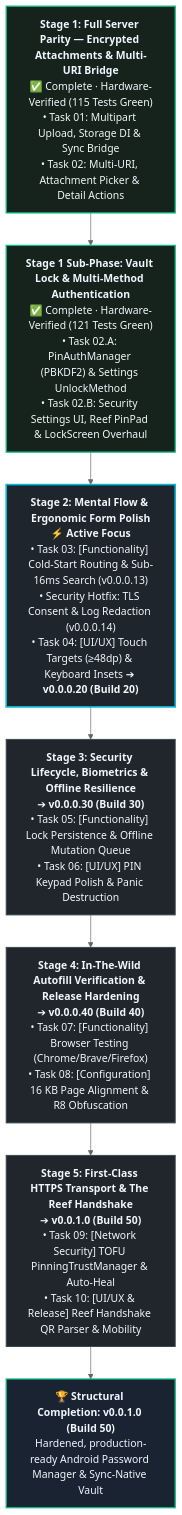
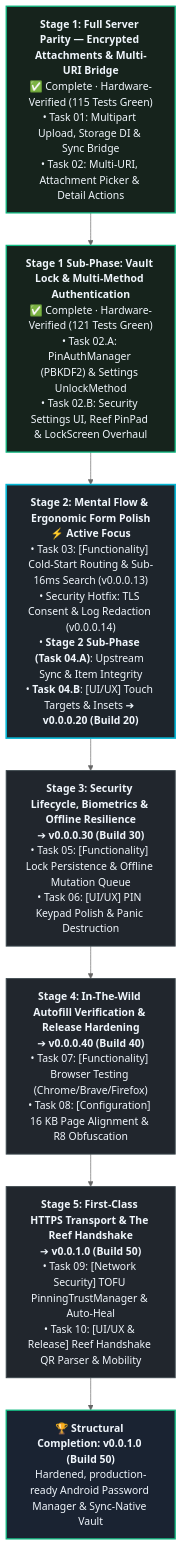
One commit to ClawStackStudios/ShellGuard-Mobile changed the diagram in ROADMAP.md. Above: the diagram before and after it, drawn with Mermaid (neutral theme). The commit also changed other lines of this file and 3 other files, not shown here.

First line of the commit message:
docs(roadmap): integrate stage 2 sub-phase task 04.a and sync with github milestones

````diff
--- a/ROADMAP.md
+++ b/ROADMAP.md
@@ -26,23 +26,23 @@
 ```mermaid
 flowchart TD
     classDef completedStage fill:#16231C,stroke:#10B981,stroke-width:2px,color:#F0F6FC;
     classDef activeStage fill:#1E252C,stroke:#06B6D4,stroke-width:2.5px,color:#F0F6FC;
     classDef futureStage fill:#21262D,stroke:#3D484E,stroke-width:1.5px,color:#F0F6FC;
     classDef targetMilestone fill:#1A2332,stroke:#10B981,stroke-width:2px,color:#F0F6FC;
 
     S1["<b>Stage 1: Full Server Parity — Encrypted Attachments & Multi-URI Bridge</b><br/>✅ Complete · Hardware-Verified (115 Tests Green)<br/>• Task 01: Multipart Upload, Storage DI & Sync Bridge<br/>• Task 02: Multi-URI, Attachment Picker & Detail Actions"]:::completedStage
 
     S1_SUB["<b>Stage 1 Sub-Phase: Vault Lock & Multi-Method Authentication</b><br/>✅ Complete · Hardware-Verified (121 Tests Green)<br/>• Task 02.A: PinAuthManager (PBKDF2) & Settings UnlockMethod<br/>• Task 02.B: Security Settings UI, Reef PinPad & LockScreen Overhaul"]:::completedStage
 
-    S2["<b>Stage 2: Mental Flow & Ergonomic Form Polish</b><br/>⚡ <b>Active Focus</b><br/>• Task 03: [Functionality] Cold-Start Routing & Sub-16ms Search (v0.0.0.13)<br/>• Security Hotfix: TLS Consent & Log Redaction (v0.0.0.14)<br/>• Task 04: [UI/UX] Touch Targets (≥48dp) & Keyboard Insets ➔ <b>v0.0.0.20 (Build 20)</b>"]:::activeStage
+    S2["<b>Stage 2: Mental Flow & Ergonomic Form Polish</b><br/>⚡ <b>Active Focus</b><br/>• Task 03: [Functionality] Cold-Start Routing & Sub-16ms Search (v0.0.0.13)<br/>• Security Hotfix: TLS Consent & Log Redaction (v0.0.0.14)<br/>• <b>Stage 2 Sub-Phase (Task 04.A)</b>: Upstream Sync & Item Integrity<br/>• <b>Task 04.B</b>: [UI/UX] Touch Targets & Insets ➔ <b>v0.0.0.20 (Build 20)</b>"]:::activeStage
 
     S3["<b>Stage 3: Security Lifecycle, Biometrics & Offline Resilience</b><br/>➔ <b>v0.0.0.30 (Build 30)</b><br/>• Task 05: [Functionality] Lock Persistence & Offline Mutation Queue<br/>• Task 06: [UI/UX] PIN Keypad Polish & Panic Destruction"]:::futureStage
 
     S4["<b>Stage 4: In-The-Wild Autofill Verification & Release Hardening</b><br/>➔ <b>v0.0.0.40 (Build 40)</b><br/>• Task 07: [Functionality] Browser Testing (Chrome/Brave/Firefox)<br/>• Task 08: [Configuration] 16 KB Page Alignment & R8 Obfuscation"]:::futureStage
 
     S5["<b>Stage 5: First-Class HTTPS Transport & The Reef Handshake</b><br/>➔ <b>v0.0.1.0 (Build 50)</b><br/>• Task 09: [Network Security] TOFU PinningTrustManager & Auto-Heal<br/>• Task 10: [UI/UX & Release] Reef Handshake QR Parser & Mobility"]:::futureStage
 
     M1["<b>🏆 Structural Completion: v0.0.1.0 (Build 50)</b><br/>Hardened, production-ready Android Password Manager & Sync-Native Vault"]:::targetMilestone
 
     S1 --> S1_SUB --> S2 --> S3 --> S4 --> S5 --> M1
 ```
````
